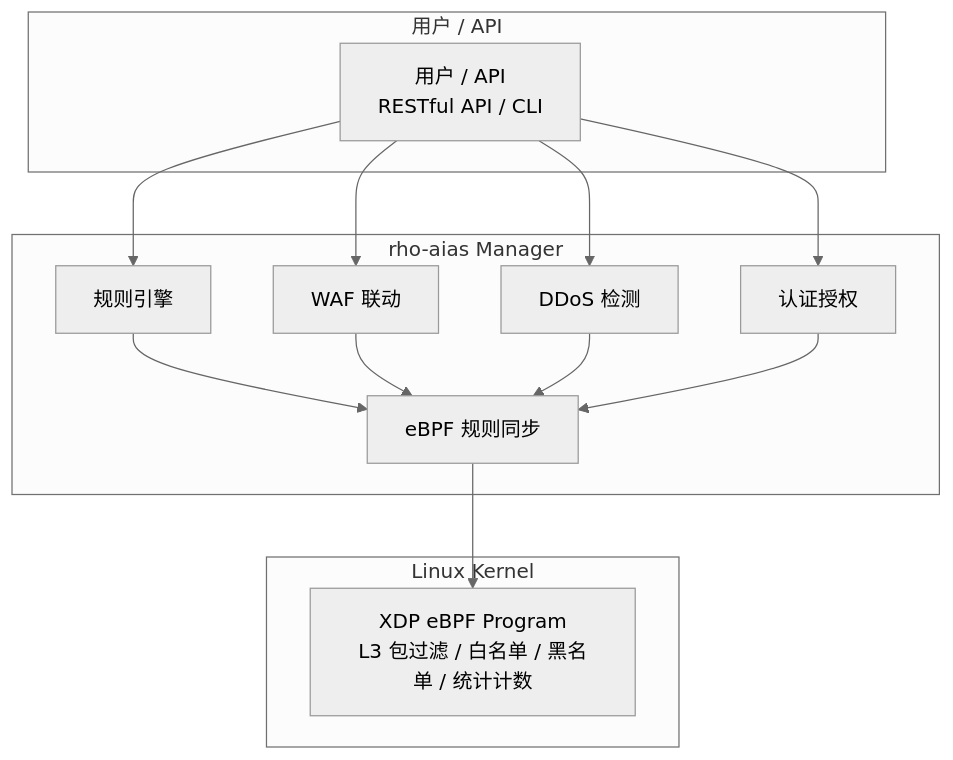
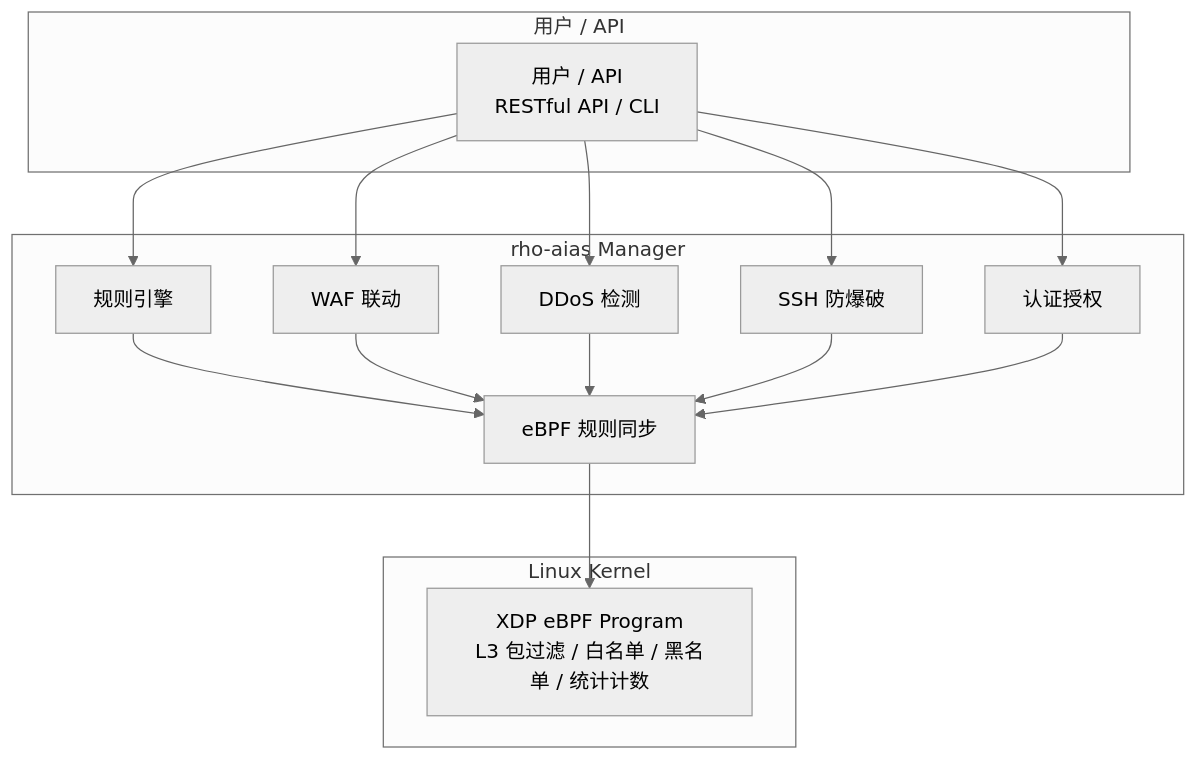
The diagram in docs/guide/index.md (LingJianCode/rho-aias-doc), drawn with Mermaid (neutral theme) before and after one commit. The commit also changed other lines of this file and 7 other files, not shown here.

````diff
--- a/docs/guide/index.md
+++ b/docs/guide/index.md
@@ -39,22 +40,23 @@
 ```mermaid
 graph TB
     subgraph UserLayer["用户 / API"]
         User["用户 / API<br/>RESTful API / CLI"]
     end
 
     subgraph Manager["rho-aias Manager"]
         Rule["规则引擎"]
         WAF["WAF 联动"]
         DDoS["DDoS 检测"]
+        FailGuard["SSH 防爆破"]
         Auth["认证授权"]
         Sync["eBPF 规则同步"]
     end
 
     subgraph Kernel["Linux Kernel"]
         XDP["XDP eBPF Program<br/>L3 包过滤 / 白名单 / 黑名单 / 统计计数"]
     end
 
-    User --> Rule & WAF & DDoS & Auth
-    Rule & WAF & DDoS & Auth --> Sync
+    User --> Rule & WAF & DDoS & FailGuard & Auth
+    Rule & WAF & DDoS & FailGuard & Auth --> Sync
     Sync --> XDP
 ```
````
